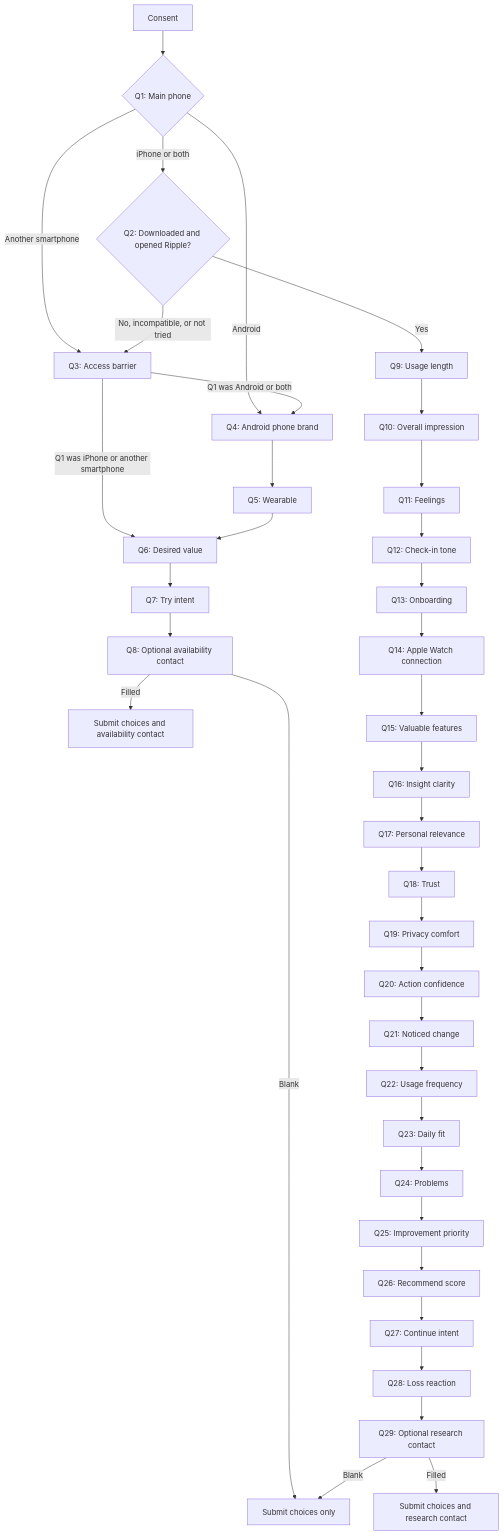
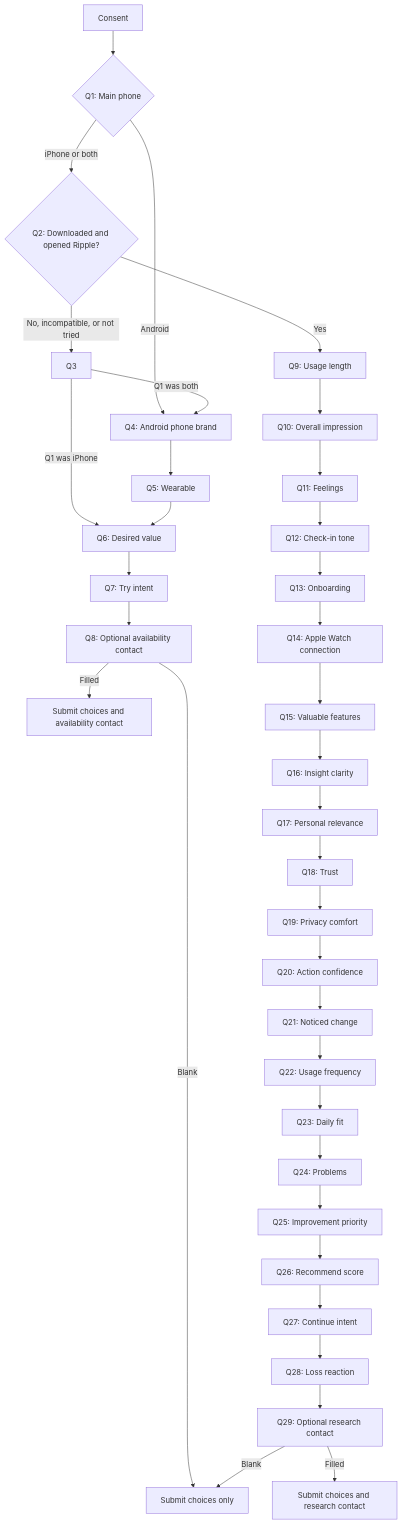
Before and after one commit to Monika-12138/oc-survey: the diagram in ripple/FLOW.md, drawn with Mermaid. The commit also changed other lines of this file and 2 other files, not shown here.

````diff
--- a/ripple/FLOW.md
+++ b/ripple/FLOW.md
@@ -129,41 +128,40 @@
 ```mermaid
 flowchart TD
   A[Consent] --> Q1{Q1: Main phone}
   Q1 -->|Android| Q4[Q4: Android phone brand]
   Q1 -->|iPhone or both| Q2{Q2: Downloaded and opened Ripple?}
-  Q1 -->|Another smartphone| Q3[Q3: Access barrier]
 
   Q2 -->|Yes| Q9[Q9: Usage length]
   Q2 -->|No, incompatible, or not tried| Q3
-  Q3 -->|Q1 was Android or both| Q4
-  Q3 -->|Q1 was iPhone or another smartphone| Q6[Q6: Desired value]
+  Q3 -->|Q1 was both| Q4
+  Q3 -->|Q1 was iPhone| Q6[Q6: Desired value]
   Q4 --> Q5[Q5: Wearable]
   Q5 --> Q6
   Q6 --> Q7[Q7: Try intent]
   Q7 --> Q8[Q8: Optional availability contact]
   Q8 -->|Filled| AC[Submit choices and availability contact]
   Q8 -->|Blank| AS[Submit choices only]
 
   Q9 --> Q10[Q10: Overall impression]
   Q10 --> Q11[Q11: Feelings]
   Q11 --> Q12[Q12: Check-in tone]
   Q12 --> Q13[Q13: Onboarding]
   Q13 --> Q14[Q14: Apple Watch connection]
   Q14 --> Q15[Q15: Valuable features]
   Q15 --> Q16[Q16: Insight clarity]
   Q16 --> Q17[Q17: Personal relevance]
   Q17 --> Q18[Q18: Trust]
   Q18 --> Q19[Q19: Privacy comfort]
   Q19 --> Q20[Q20: Action confidence]
   Q20 --> Q21[Q21: Noticed change]
   Q21 --> Q22[Q22: Usage frequency]
   Q22 --> Q23[Q23: Daily fit]
   Q23 --> Q24[Q24: Problems]
   Q24 --> Q25[Q25: Improvement priority]
   Q25 --> Q26[Q26: Recommend score]
   Q26 --> Q27[Q27: Continue intent]
   Q27 --> Q28[Q28: Loss reaction]
   Q28 --> Q29[Q29: Optional research contact]
   Q29 -->|Filled| RC[Submit choices and research contact]
   Q29 -->|Blank| AS
 ```
````
